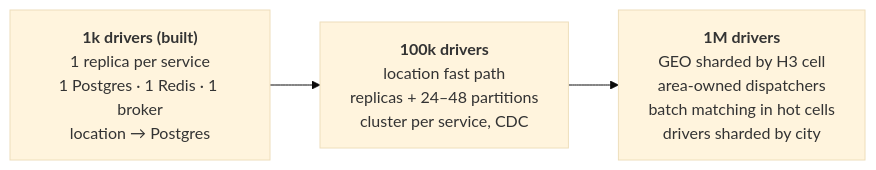
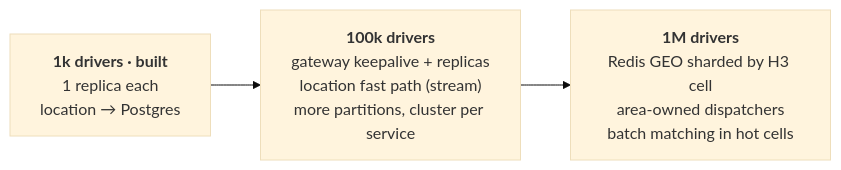
Before and after one commit to khoaphan-tw/coding-challenges-demo: diagram 13 of 15 in coding-challenge-3/kvp/demo/presentation.md, drawn with Mermaid (base theme). The commit also changed other lines of this file and 4 other files, not shown here.

````diff
--- a/coding-challenge-3/kvp/demo/presentation.md
+++ b/coding-challenge-3/kvp/demo/presentation.md
@@ -320,7 +669,7 @@
 ```mermaid
 flowchart LR
-    A["<b>1k drivers (built)</b><br/>1 replica per service<br/>1 Postgres · 1 Redis · 1 broker<br/>location → Postgres"]
-    B["<b>100k drivers</b><br/>location fast path<br/>replicas + 24–48 partitions<br/>cluster per service, CDC"]
-    C["<b>1M drivers</b><br/>GEO sharded by H3 cell<br/>area-owned dispatchers<br/>batch matching in hot cells<br/>drivers sharded by city"]
+    A["<b>1k drivers · built</b><br/>1 replica each<br/>location → Postgres"]
+    B["<b>100k drivers</b><br/>gateway keepalive + replicas<br/>location fast path (stream)<br/>more partitions, cluster per service"]
+    C["<b>1M drivers</b><br/>Redis GEO sharded by H3 cell<br/>area-owned dispatchers<br/>batch matching in hot cells"]
     A --> B --> C
 ```
````
